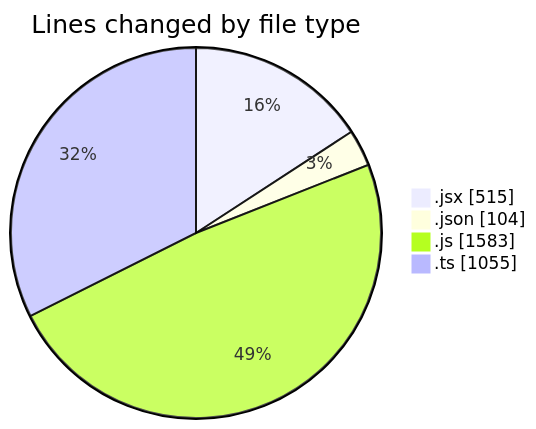
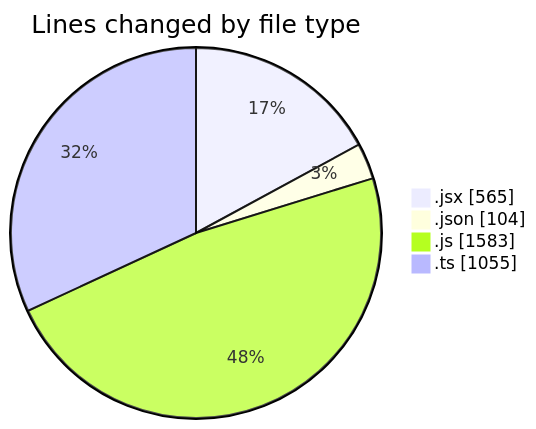
One commit to momahboobian/code-tracking changed the first of 2 diagrams in 2025-05-19/cda/README.md. Above: the diagram before and after it, drawn with Mermaid. The commit also changed other lines of this file and 1 other file, not shown here.

````diff
--- a/2025-05-19/cda/README.md
+++ b/2025-05-19/cda/README.md
@@ -27,8 +28,8 @@
 ```mermaid
 pie showData
 title Lines changed by file type
-".jsx" : 515
+".jsx" : 565
 ".json" : 104
 ".js" : 1583
 ".ts" : 1055
 ```
````
